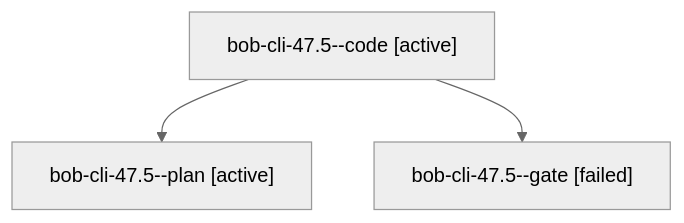
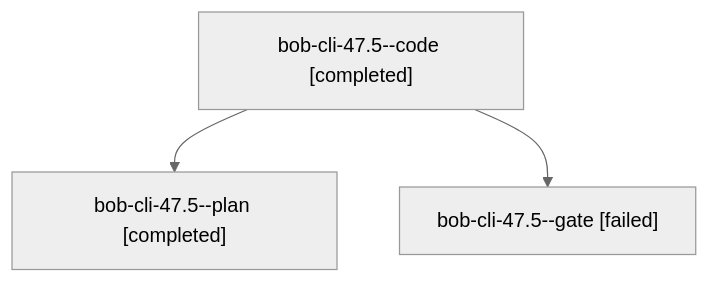
One commit to bobs-org/bob-cli--agents changed the diagram in sessions/bbugyi200.apollo.bob-cli-47.5.md. Above: the diagram before and after it, drawn with Mermaid (neutral theme). The commit also changed other lines of this file and 32 other files, not shown here.

````diff
--- a/sessions/bbugyi200.apollo.bob-cli-47.5.md
+++ b/sessions/bbugyi200.apollo.bob-cli-47.5.md
@@ -9,8 +9,8 @@
 ```mermaid
 flowchart TD
-  n0["bob-cli-47.5--code [active]"]
-  n1["bob-cli-47.5--plan [active]"]
+  n0["bob-cli-47.5--code [completed]"]
+  n1["bob-cli-47.5--plan [completed]"]
   n0 --> n1
   n2["bob-cli-47.5--gate [failed]"]
   n0 --> n2
 ```
````
